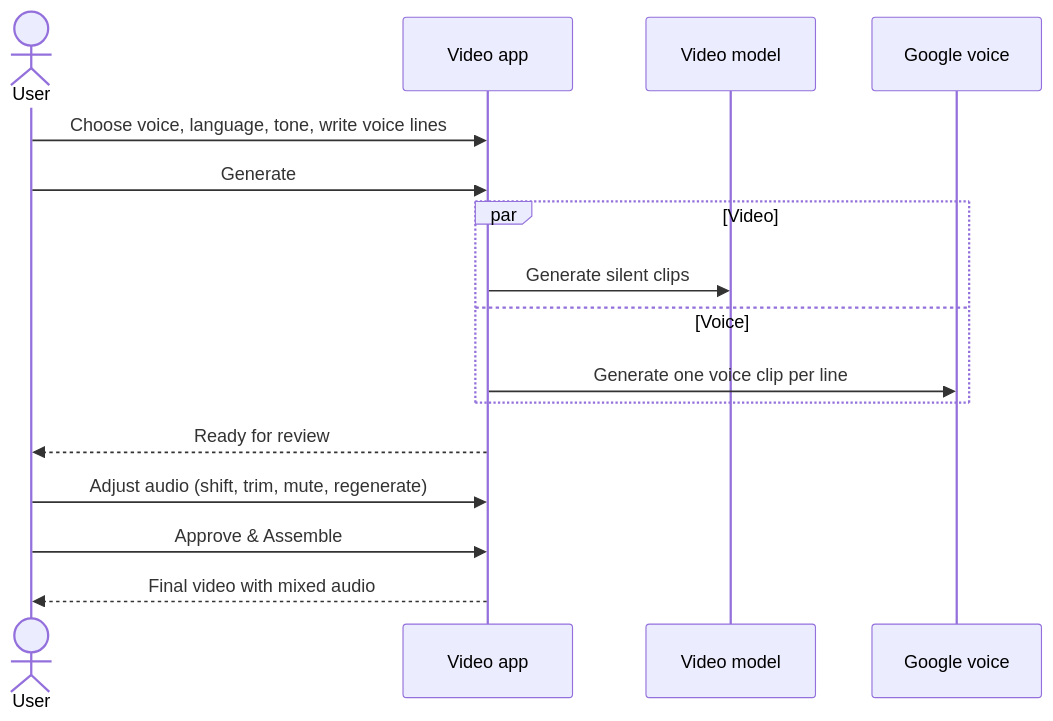
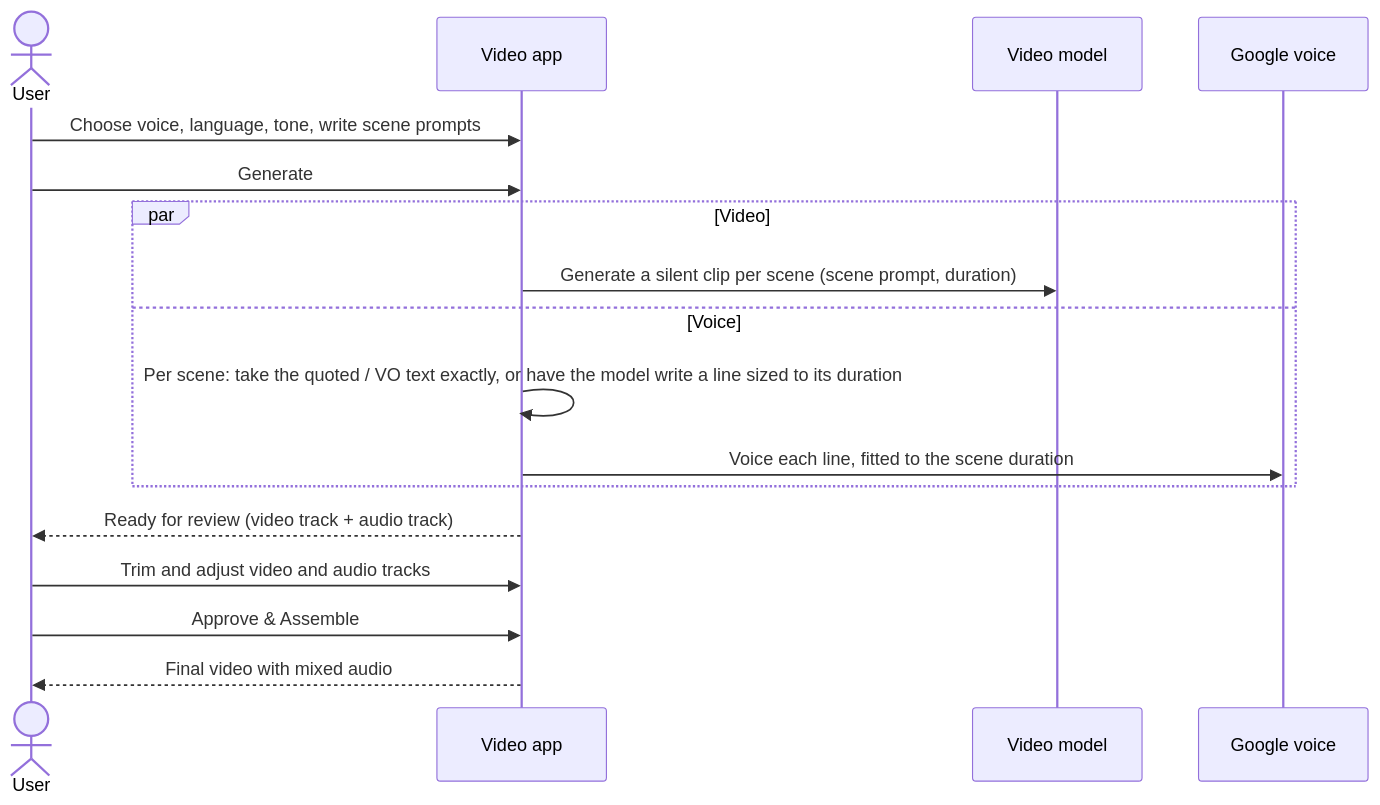
One commit to abhi-makeit/autocatalog-audio-gen changed the second of 2 diagrams in project_plan.md. Above: the diagram before and after it, drawn with Mermaid. The commit also changed other lines of this file and 3 other files, not shown here.

````diff
--- a/project_plan.md
+++ b/project_plan.md
@@ -59,18 +78,19 @@
 ```mermaid
 sequenceDiagram
   actor U as User
   participant App as Video app
   participant V as Video model
   participant G as Google voice
-  U->>App: Choose voice, language, tone, write voice lines
+  U->>App: Choose voice, language, tone, write scene prompts
   U->>App: Generate
   par Video
-    App->>V: Generate silent clips
+    App->>V: Generate a silent clip per scene (scene prompt, duration)
   and Voice
-    App->>G: Generate one voice clip per line
+    App->>App: Per scene: take the quoted / VO text exactly, or have the model write a line sized to its duration
+    App->>G: Voice each line, fitted to the scene duration
   end
-  App-->>U: Ready for review
-  U->>App: Adjust audio (shift, trim, mute, regenerate)
+  App-->>U: Ready for review (video track + audio track)
+  U->>App: Trim and adjust video and audio tracks
   U->>App: Approve & Assemble
   App-->>U: Final video with mixed audio
 ```
````
